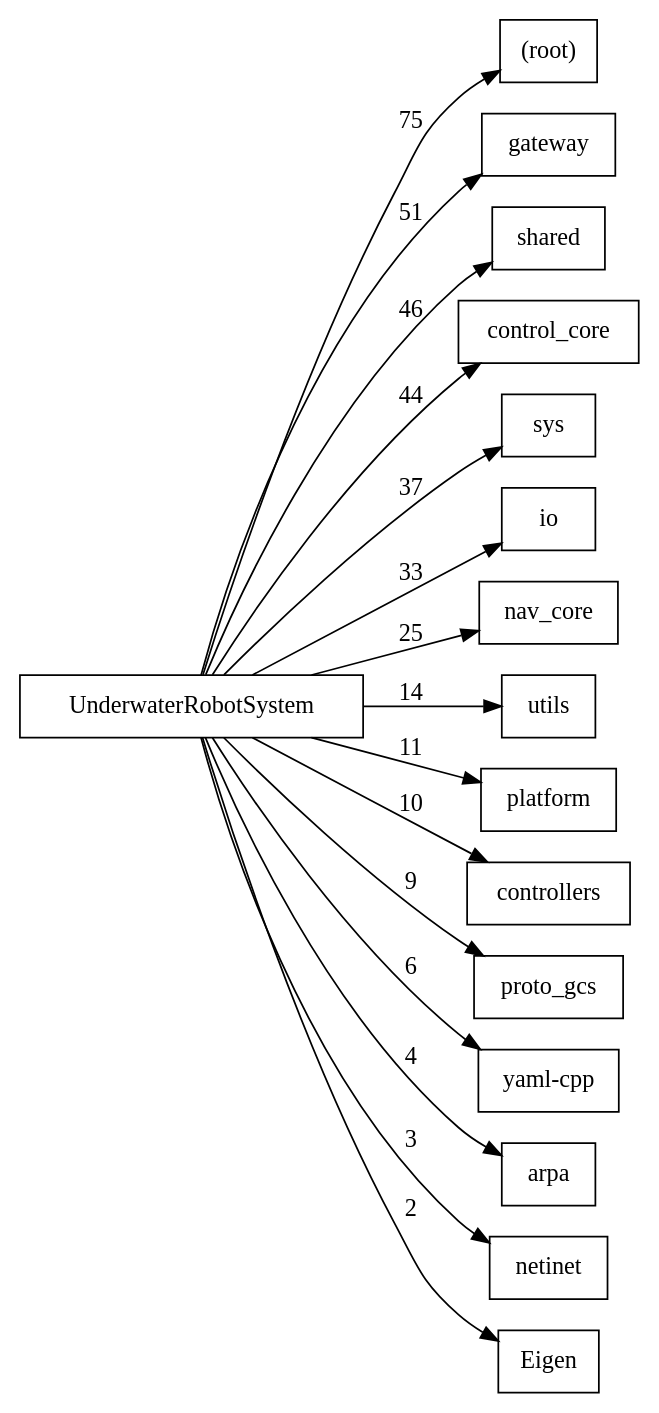
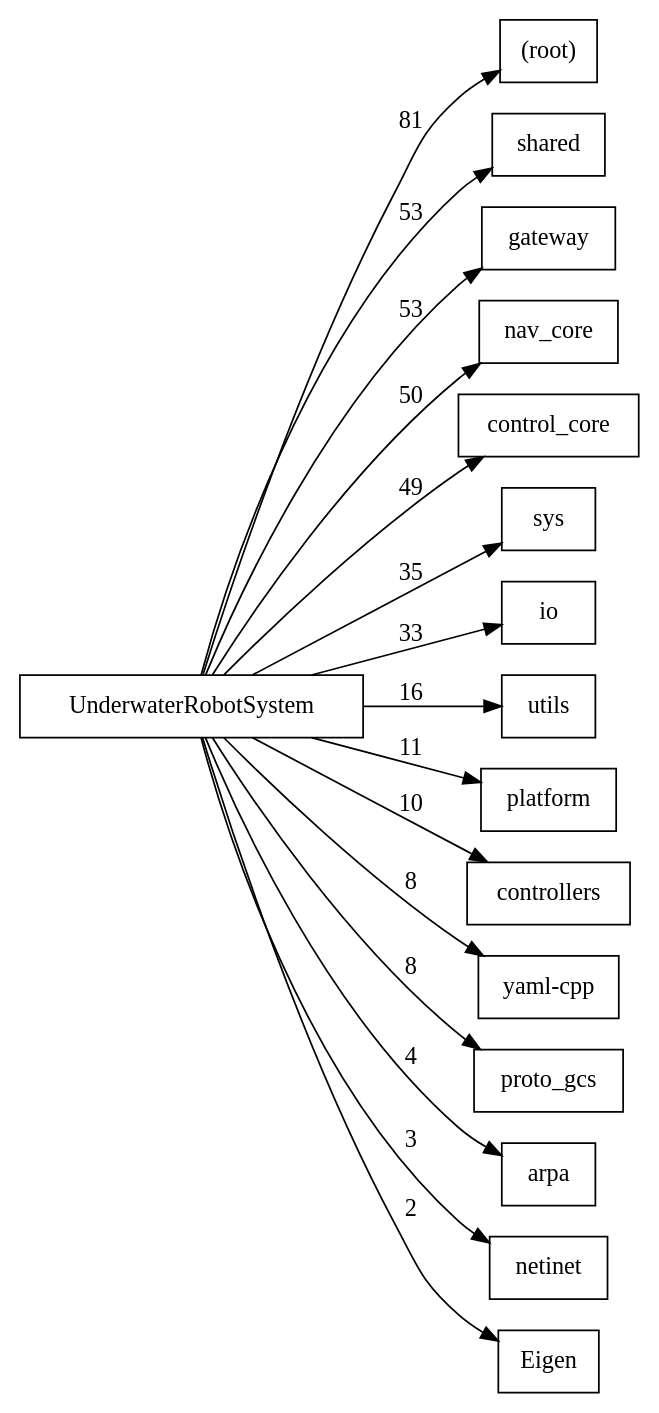
Before and after one commit to wyswang3/UnderwaterRobotSystem: the diagram in reports/quality/graphs/deps.dot, drawn with Graphviz. The commit also changed 6 other files, not shown here.

```diff
--- a/reports/quality/graphs/deps.dot
+++ b/reports/quality/graphs/deps.dot
@@ -1,19 +1,19 @@
 digraph deps {
   rankdir=LR;
   node [shape=box];
-  "UnderwaterRobotSystem" -> "(root)" [label="75"];
-  "UnderwaterRobotSystem" -> "gateway" [label="51"];
-  "UnderwaterRobotSystem" -> "shared" [label="46"];
-  "UnderwaterRobotSystem" -> "control_core" [label="44"];
-  "UnderwaterRobotSystem" -> "sys" [label="37"];
+  "UnderwaterRobotSystem" -> "(root)" [label="81"];
+  "UnderwaterRobotSystem" -> "shared" [label="53"];
+  "UnderwaterRobotSystem" -> "gateway" [label="53"];
+  "UnderwaterRobotSystem" -> "nav_core" [label="50"];
+  "UnderwaterRobotSystem" -> "control_core" [label="49"];
+  "UnderwaterRobotSystem" -> "sys" [label="35"];
   "UnderwaterRobotSystem" -> "io" [label="33"];
-  "UnderwaterRobotSystem" -> "nav_core" [label="25"];
-  "UnderwaterRobotSystem" -> "utils" [label="14"];
+  "UnderwaterRobotSystem" -> "utils" [label="16"];
   "UnderwaterRobotSystem" -> "platform" [label="11"];
   "UnderwaterRobotSystem" -> "controllers" [label="10"];
-  "UnderwaterRobotSystem" -> "proto_gcs" [label="9"];
-  "UnderwaterRobotSystem" -> "yaml-cpp" [label="6"];
+  "UnderwaterRobotSystem" -> "yaml-cpp" [label="8"];
+  "UnderwaterRobotSystem" -> "proto_gcs" [label="8"];
   "UnderwaterRobotSystem" -> "arpa" [label="4"];
   "UnderwaterRobotSystem" -> "netinet" [label="3"];
   "UnderwaterRobotSystem" -> "Eigen" [label="2"];
 }
```
